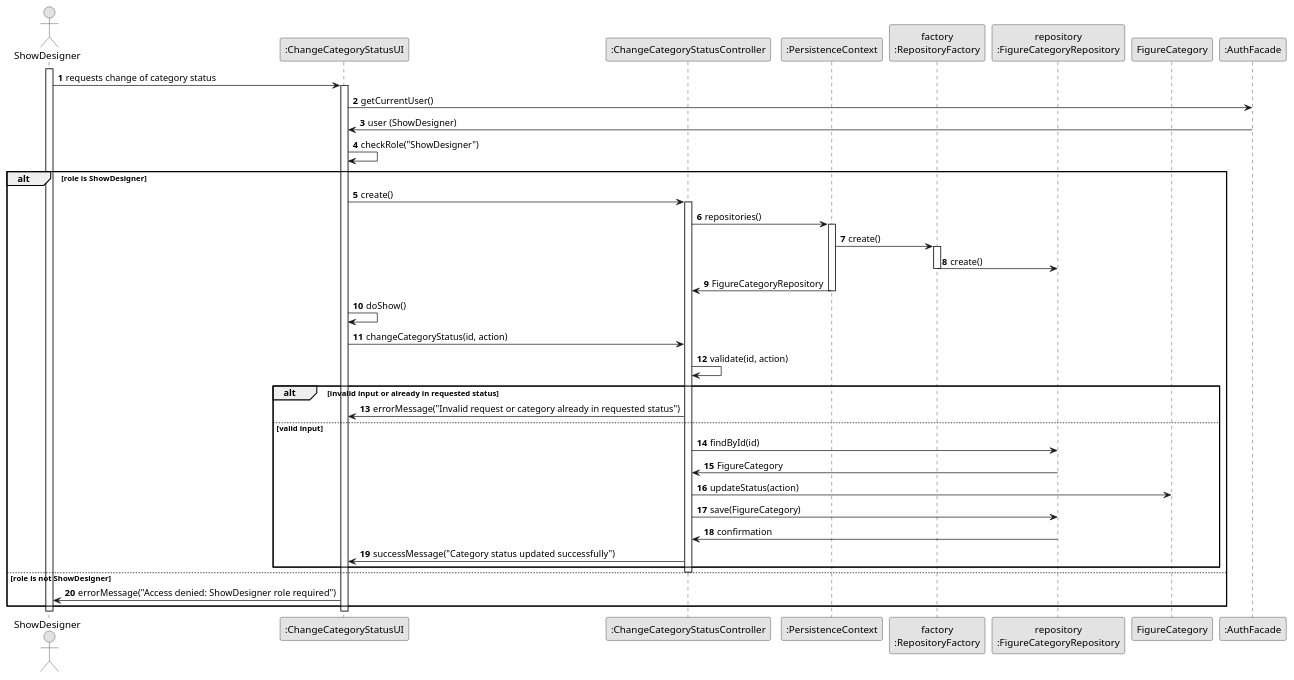
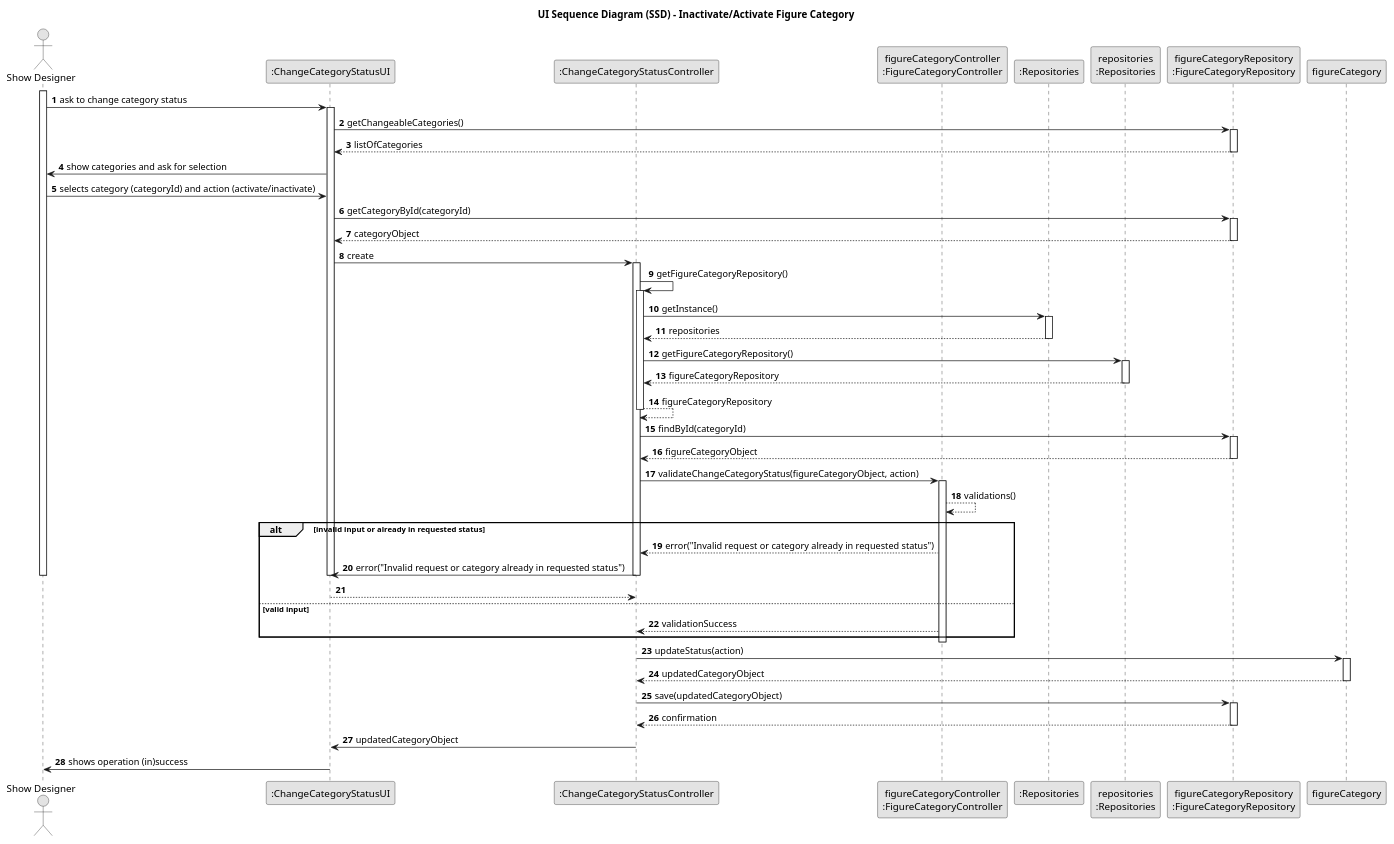
One commit to SAEmanuel/Shodrone_ISEP changed the diagram in docs/planning/sprint2/EAPLI/US248 - InactivateActivate figure category/03.design/puml/us248-sequence-diagram-full.puml. Above: the diagram before and after it, drawn with PlantUML.

Commit message:
us248: add detailed UI sequence diagram (SSD) in PlantUML
Added a detailed PlantUML sequence diagram for US248 (Inactivate/Activate Figure Category), following the UI and persistence interaction style used in the project.

Related to: #1/#26/#41

```diff
--- a/docs/planning/sprint2/EAPLI/US248 - InactivateActivate figure category/03.design/puml/us248-sequence-diagram-full.puml
+++ b/docs/planning/sprint2/EAPLI/US248 - InactivateActivate figure category/03.design/puml/us248-sequence-diagram-full.puml
@@ -1,61 +1,95 @@
 @startuml
 skinparam monochrome true
 skinparam packageStyle rectangle
 skinparam shadowing false
 
+title UI Sequence Diagram (SSD) - Inactivate/Activate Figure Category
+
 autonumber
 
-actor "ShowDesigner" as ACTOR
+actor "Show Designer" as showDesigner
 participant ":ChangeCategoryStatusUI" as UI
 participant ":ChangeCategoryStatusController" as CTRL
-participant ":PersistenceContext" as PC
-participant "factory\n:RepositoryFactory" as FACTORY_INSTANCE
-participant "repository\n:FigureCategoryRepository" as REPO
-participant "FigureCategory" as FigureCategory
-participant ":AuthFacade" as AuthFacade
+participant "figureCategoryController\n:FigureCategoryController" as catCtrl
+participant ":Repositories" as RepositorySingleton
+participant "repositories\n:Repositories" as PLAT
+participant "figureCategoryRepository\n:FigureCategoryRepository" as catRepo
 
-activate ACTOR
+activate showDesigner
 
-ACTOR -> UI : requests change of category status
+    showDesigner -> UI : ask to change category status
+    activate UI
 
-activate UI
-UI -> AuthFacade: getCurrentUser()
-AuthFacade -> UI: user (ShowDesigner)
-UI -> UI: checkRole("ShowDesigner")
-alt role is ShowDesigner
-    UI -> CTRL : create()
+    UI -> catRepo : getChangeableCategories()
+    activate catRepo
+        catRepo --> UI : listOfCategories
+    deactivate catRepo
 
+    UI -> showDesigner : show categories and ask for selection
+    showDesigner -> UI : selects category (categoryId) and action (activate/inactivate)
+
+    UI -> catRepo : getCategoryById(categoryId)
+    activate catRepo
+        catRepo --> UI : categoryObject
+    deactivate catRepo
+
+    UI -> CTRL : create
     activate CTRL
-    CTRL -> PC: repositories()
-    activate PC
-    PC -> FACTORY_INSTANCE: create()
-    activate FACTORY_INSTANCE
-    FACTORY_INSTANCE -> REPO: create()
-    deactivate FACTORY_INSTANCE
-    PC -> CTRL: FigureCategoryRepository
-    deactivate PC
 
-    UI -> UI: doShow()
+        CTRL -> CTRL : getFigureCategoryRepository()
+        activate CTRL
 
-    UI -> CTRL: changeCategoryStatus(id, action)
-    CTRL -> CTRL: validate(id, action)
-    alt invalid input or already in requested status
-        CTRL -> UI: errorMessage("Invalid request or category already in requested status")
-    else valid input
-        CTRL -> REPO: findById(id)
-        REPO -> CTRL: FigureCategory
-        CTRL -> FigureCategory: updateStatus(action)
-        CTRL -> REPO: save(FigureCategory)
-        REPO -> CTRL: confirmation
-        CTRL -> UI: successMessage("Category status updated successfully")
-    end
+            CTRL -> RepositorySingleton : getInstance()
+            activate RepositorySingleton
 
+                RepositorySingleton --> CTRL: repositories
+            deactivate RepositorySingleton
+
+            CTRL -> PLAT : getFigureCategoryRepository()
+            activate PLAT
+
+                PLAT --> CTRL: figureCategoryRepository
+            deactivate PLAT
+            CTRL --> CTRL : figureCategoryRepository
+
+        deactivate CTRL
+
+        CTRL -> catRepo : findById(categoryId)
+        activate catRepo
+            catRepo --> CTRL : figureCategoryObject
+        deactivate catRepo
+
+        CTRL -> catCtrl : validateChangeCategoryStatus(figureCategoryObject, action)
+        activate catCtrl
+            catCtrl --> catCtrl : validations()
+            alt invalid input or already in requested status
+                catCtrl --> CTRL : error("Invalid request or category already in requested status")
+                CTRL -> UI : error("Invalid request or category already in requested status")
+                deactivate CTRL
+                deactivate UI
+                deactivate showDesigner
+                return
+            else valid input
+                catCtrl --> CTRL : validationSuccess
+            end
+        deactivate catCtrl
+
+        CTRL -> figureCategory : updateStatus(action)
+        activate figureCategory
+            figureCategory --> CTRL : updatedCategoryObject
+        deactivate figureCategory
+
+        CTRL -> catRepo : save(updatedCategoryObject)
+        activate catRepo
+            catRepo --> CTRL : confirmation
+        deactivate catRepo
+
+        CTRL -> UI : updatedCategoryObject
     deactivate CTRL
-else role is not ShowDesigner
-    UI -> ACTOR: errorMessage("Access denied: ShowDesigner role required")
-end
+
+    UI -> showDesigner : shows operation (in)success
 
 deactivate UI
-deactivate ACTOR
+deactivate showDesigner
 
 @enduml
```
